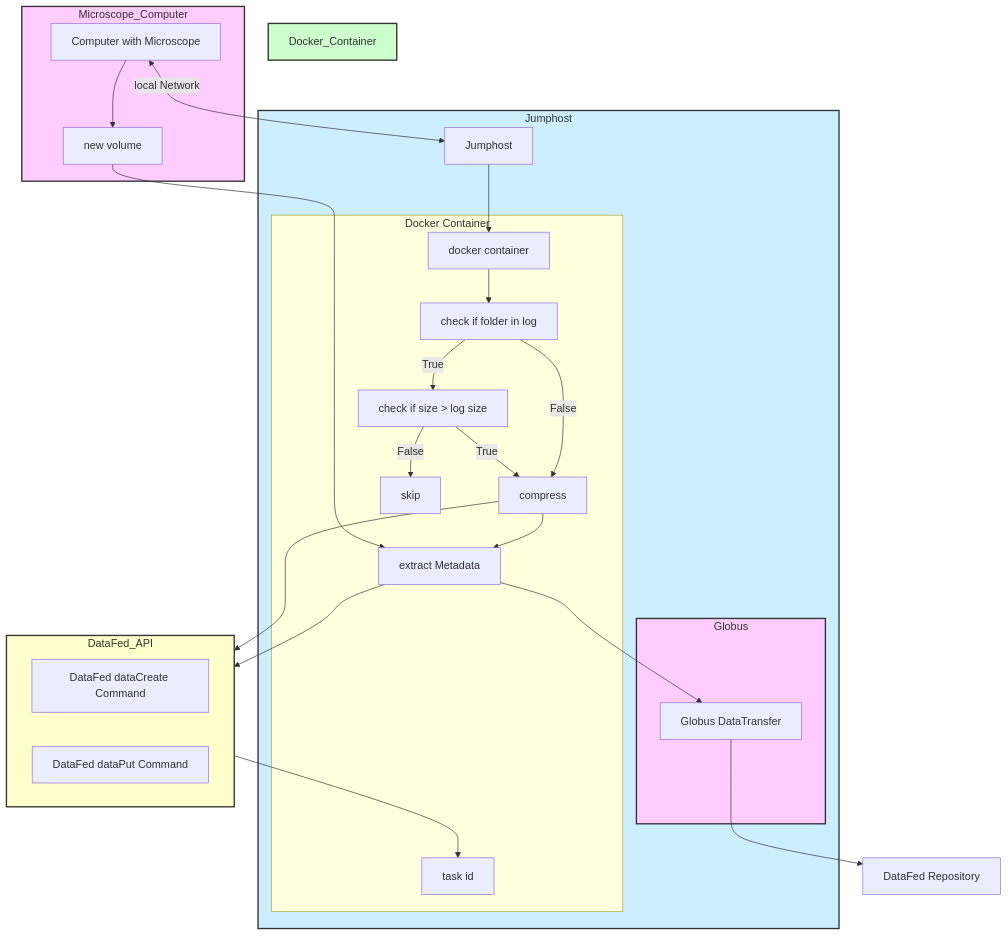
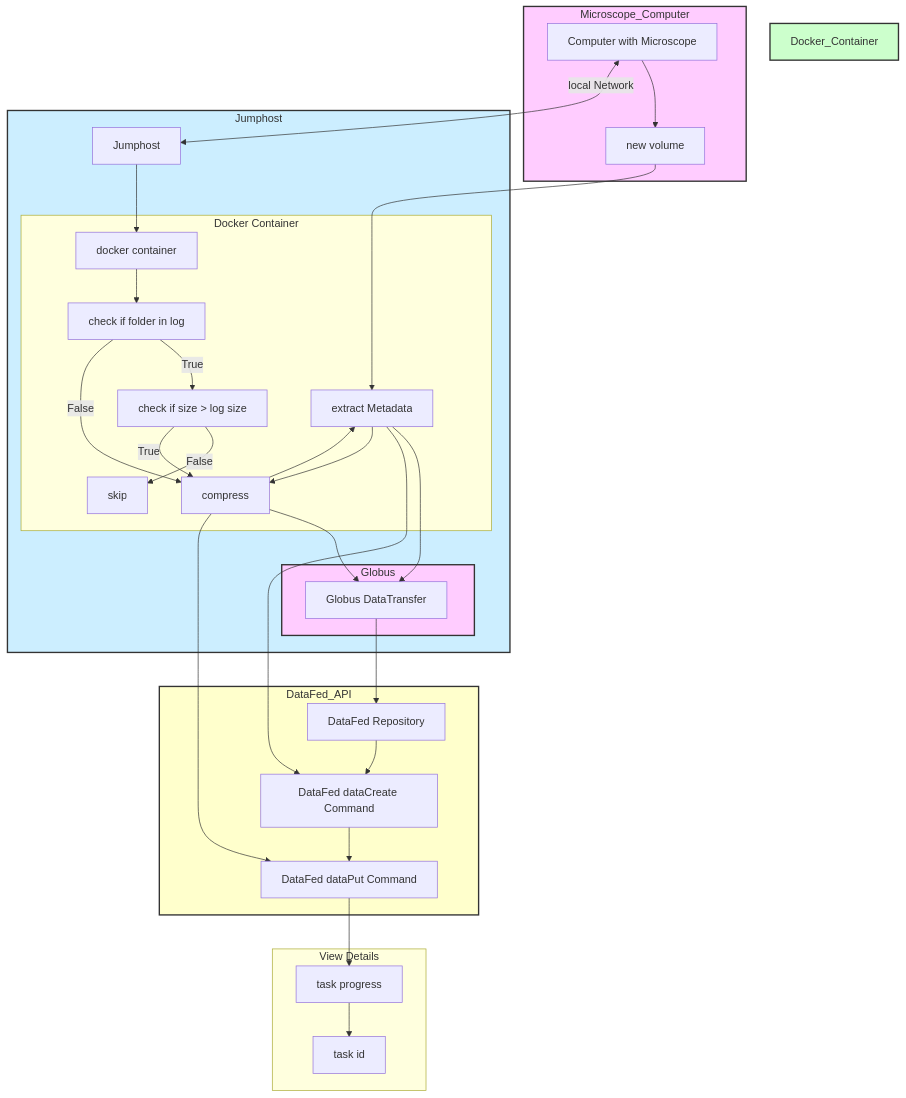
The diagram in docs/computational-flow.md (m3-learning/diatoms-to-datafed), drawn with Mermaid before and after one commit.

````diff
--- a/docs/computational-flow.md
+++ b/docs/computational-flow.md
@@ -2,42 +2,49 @@
 ```mermaid
 flowchart TD
     subgraph Microscope_Computer
         style Microscope_Computer fill:#ffccff,stroke:#333,stroke-width:2px
         microscope_computer[Computer with Microscope] --> B[new volume]
     end
 
     subgraph Jumphost
         style Jumphost fill:#cceeff,stroke:#333,stroke-width:2px
         microscope_computer <-->|local Network| jumphost[Jumphost]
         jumphost --> docker_container[docker container]
 
         subgraph Docker Container
             style Docker_Container fill:#ccffcc,stroke:#333,stroke-width:2px
             docker_container --> E[check if folder in log]
             E -->|True| F[check if size > log size]
             E -->|False| G[compress]
             F -->|False| I[skip]
             F -->|True| G
             G --> H[extract Metadata]
             B --> H
-            task[task id]
+            
         end
 
         subgraph Globus
             style Globus fill:#ffccff,stroke:#333,stroke-width:2px
             H --> globus[Globus DataTransfer]
+            G --> globus[Globus DataTransfer]
+            
         end
     end
 
-    globus --> repo[DataFed Repository]
-
     subgraph DataFed_API
-        direction LR
+        globus --> repo[DataFed Repository]
         style DataFed_API fill:#ffffcc,stroke:#333,stroke-width:2px
         H --> datafed1[DataFed dataCreate Command]
+        H --> G
+        repo --> datafed1
         G --> datafed2[DataFed dataPut Command]
+        datafed1 --> datafed2[DataFed dataPut Command]
     end
 
-    %% Explicit cross-subgraph arrow from dataPut Command to task id in Docker Container
-    datafed2 --> task
+    subgraph View Details
+    task[task id]
+    progress[task progress]
+    datafed2 --> progress 
+    progress --> task 
+    end
 ```
````
